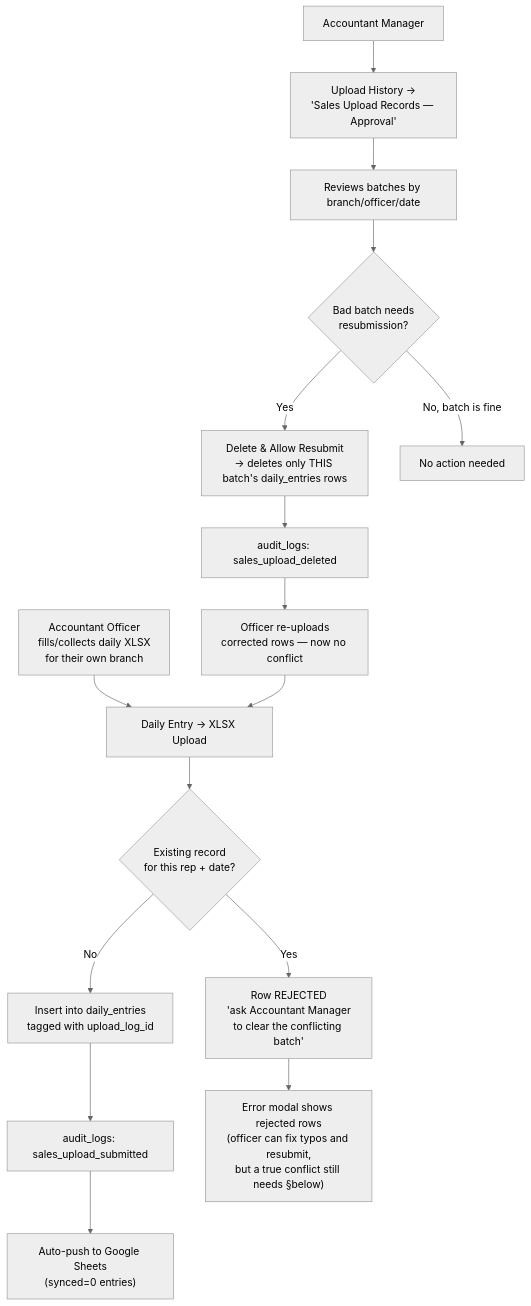
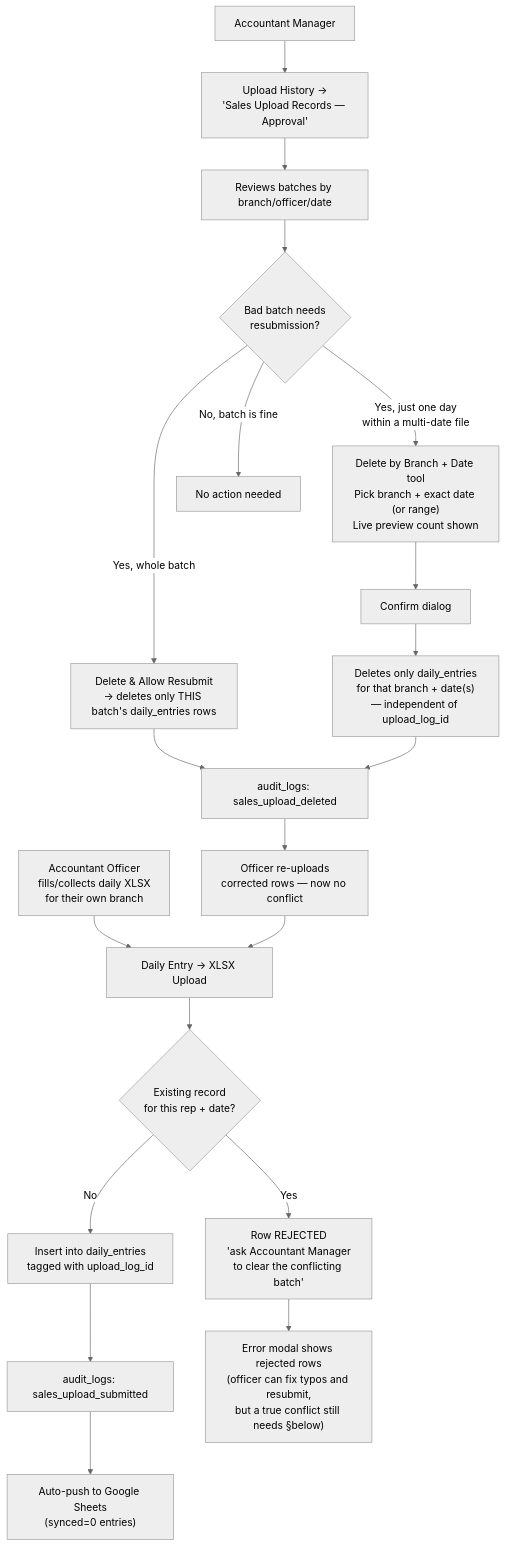
The third of 6 diagrams in FLOWCHART.md (Tocknpn/KPV_KPI_tracking), drawn with Mermaid (neutral theme) before and after one commit. The commit also changed other lines of this file and 12 other files, not shown here.

````diff
--- a/FLOWCHART.md
+++ b/FLOWCHART.md
@@ -71,21 +72,26 @@
 ```mermaid
 flowchart TD
     AO["Accountant Officer\nfills/collects daily XLSX\nfor their own branch"] --> UP["Daily Entry → XLSX Upload"]
     UP --> CHECK{"Existing record\nfor this rep + date?"}
     CHECK -->|No| INSERT["Insert into daily_entries\ntagged with upload_log_id"]
     CHECK -->|Yes| REJECT["Row REJECTED\n'ask Accountant Manager\nto clear the conflicting batch'"]
     INSERT --> AUDIT1["audit_logs: sales_upload_submitted"]
     REJECT --> ERRMODAL["Error modal shows rejected rows\n(officer can fix typos and resubmit,\nbut a true conflict still needs §below)"]
 
     AUDIT1 --> SHEET1["Auto-push to Google Sheets\n(synced=0 entries)"]
 
     AM["Accountant Manager"] --> UH["Upload History →\n'Sales Upload Records — Approval'"]
     UH --> REVIEW["Reviews batches by branch/officer/date"]
     REVIEW --> DECIDE{"Bad batch needs\nresubmission?"}
-    DECIDE -->|Yes| DELETE["Delete & Allow Resubmit\n→ deletes only THIS batch's daily_entries rows"]
+    DECIDE -->|Yes, whole batch| DELETE["Delete & Allow Resubmit\n→ deletes only THIS batch's daily_entries rows"]
     DELETE --> AUDIT2["audit_logs: sales_upload_deleted"]
     AUDIT2 --> AO2["Officer re-uploads\ncorrected rows — now no conflict"]
     AO2 --> UP
 
+    DECIDE -->|Yes, just one day\nwithin a multi-date file| BYDATE["Delete by Branch + Date tool\nPick branch + exact date (or range)\nLive preview count shown"]
+    BYDATE --> CONFIRM["Confirm dialog"]
+    CONFIRM --> DELETE2["Deletes only daily_entries\nfor that branch + date(s)\n— independent of upload_log_id"]
+    DELETE2 --> AUDIT2
+
     DECIDE -->|No, batch is fine| DONE["No action needed"]
 ```
````
